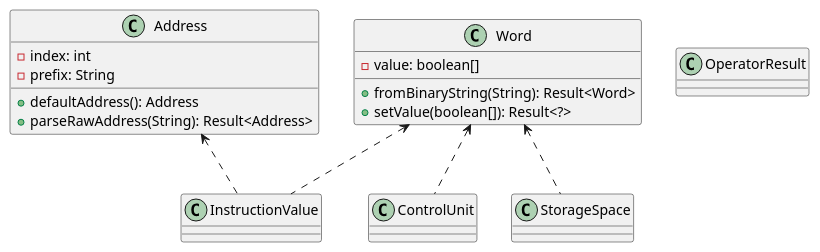
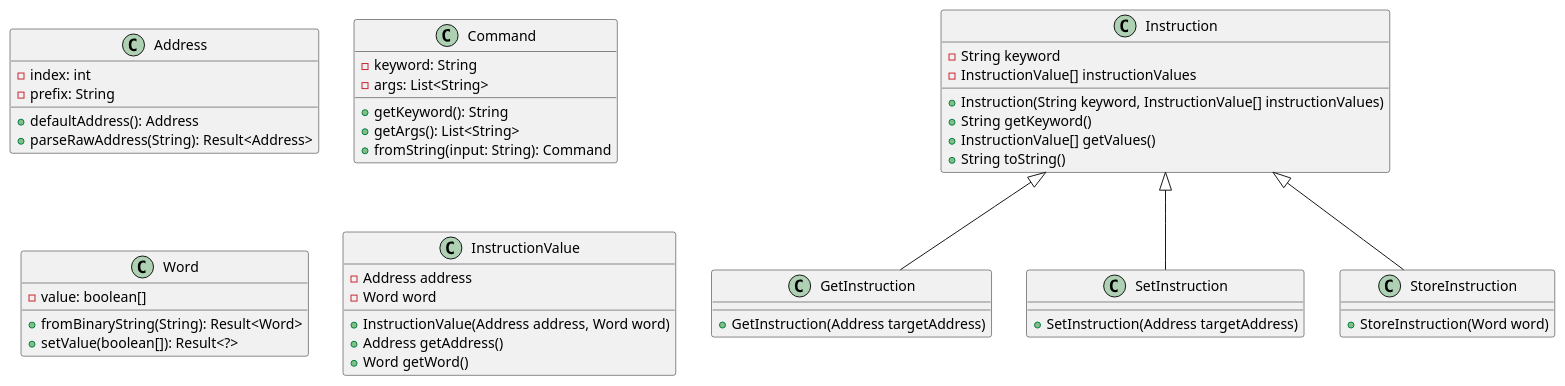
One commit to Marc738/ase-cpu-sim changed the diagram in doc/clean-dhbw/assets/svg/valueObjectsUML.puml. Above: the diagram before and after it, drawn with PlantUML. The commit also changed 17 other files, not shown here.

```diff
--- a/doc/clean-dhbw/assets/svg/valueObjectsUML.puml
+++ b/doc/clean-dhbw/assets/svg/valueObjectsUML.puml
@@ -1,23 +1,57 @@
 @startuml ValueObjects
 
 class Address {
   - index: int
   - prefix: String
   + defaultAddress(): Address
   + parseRawAddress(String): Result<Address>
 }
 
+class Command {
+    - keyword: String
+    - args: List<String>
+    + getKeyword(): String
+    + getArgs(): List<String>
+    + fromString(input: String): Command
+}
+
 class Word {
   - value: boolean[]
   + fromBinaryString(String): Result<Word>
   + setValue(boolean[]): Result<?>
 }
 
-class OperatorResult
+class Instruction {
+    - String keyword
+    - InstructionValue[] instructionValues
+    + Instruction(String keyword, InstructionValue[] instructionValues)
+    + String getKeyword()
+    + InstructionValue[] getValues()
+    + String toString()
+}
 
-Address <.. InstructionValue
-Word <.. InstructionValue
-Word <.. ControlUnit
-Word <.. StorageSpace
+class GetInstruction {
+    + GetInstruction(Address targetAddress)
+}
+
+class SetInstruction {
+    + SetInstruction(Address targetAddress)
+}
+
+class StoreInstruction {
+    + StoreInstruction(Word word)
+}
+
+class InstructionValue {
+    - Address address
+    - Word word
+    + InstructionValue(Address address, Word word)
+    + Address getAddress()
+    + Word getWord()
+}
+
+Instruction <|-- GetInstruction
+Instruction <|-- SetInstruction
+Instruction <|-- StoreInstruction
 
 @enduml
```
